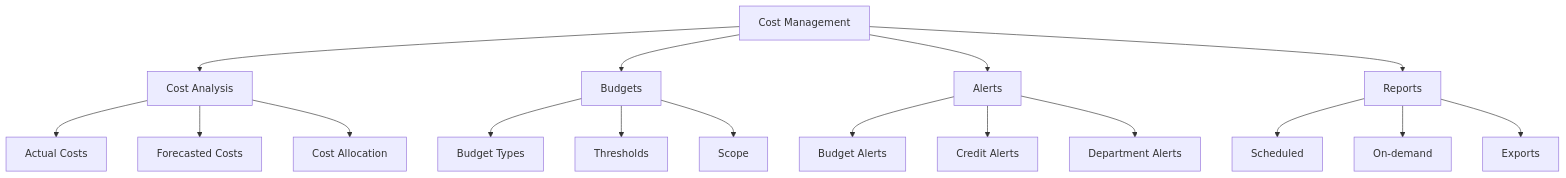
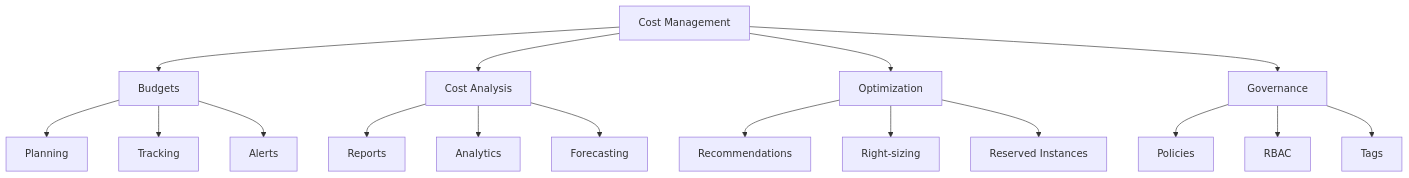
One commit to saravanakumarrc/Architecture_Journey changed the first of 15 diagrams in src/azure/az-104/Cost_Management.md. Above: the diagram before and after it, drawn with Mermaid. The commit also changed other lines of this file and 6 other files, not shown here.

````diff
--- a/src/azure/az-104/Cost_Management.md
+++ b/src/azure/az-104/Cost_Management.md
@@ -8,23 +8,23 @@
 ```mermaid
 graph TB
-    A[Cost Management] --> B[Cost Analysis]
-    A --> C[Budgets]
-    A --> D[Alerts]
-    A --> E[Reports]
+    A[Cost Management] --> B[Budgets]
+    A --> C[Cost Analysis]
+    A --> D[Optimization]
+    A --> E[Governance]
     
-    B --> B1[Actual Costs]
-    B --> B2[Forecasted Costs]
-    B --> B3[Cost Allocation]
+    B --> B1[Planning]
+    B --> B2[Tracking]
+    B --> B3[Alerts]
     
-    C --> C1[Budget Types]
-    C --> C2[Thresholds]
-    C --> C3[Scope]
+    C --> C1[Reports]
+    C --> C2[Analytics]
+    C --> C3[Forecasting]
     
-    D --> D1[Budget Alerts]
-    D --> D2[Credit Alerts]
-    D --> D3[Department Alerts]
+    D --> D1[Recommendations]
+    D --> D2[Right-sizing]
+    D --> D3[Reserved Instances]
     
-    E --> E1[Scheduled]
-    E --> E2[On-demand]
-    E --> E3[Exports]
+    E --> E1[Policies]
+    E --> E2[RBAC]
+    E --> E3[Tags]
 ```
````
